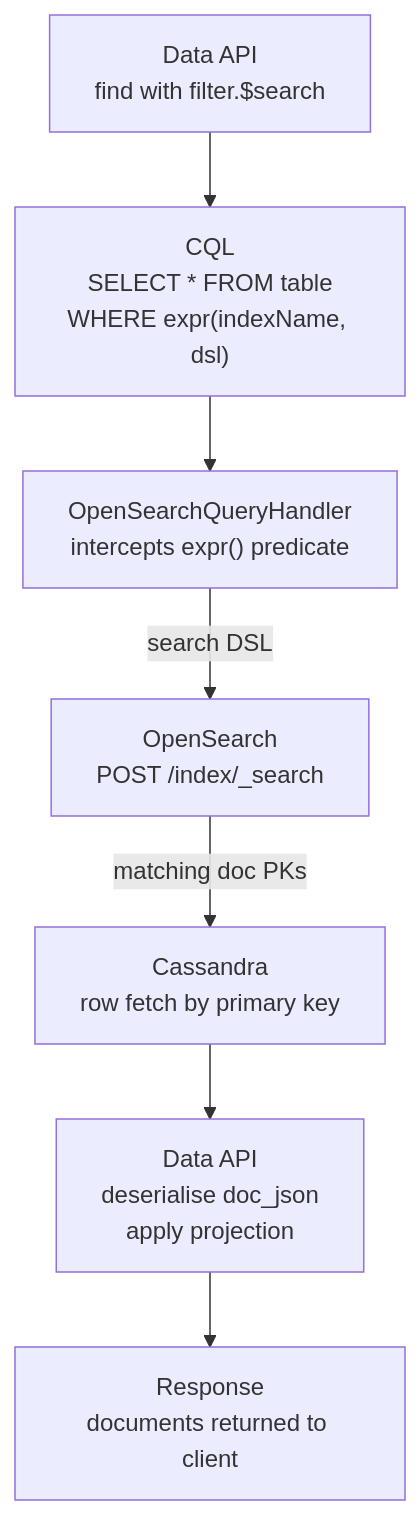
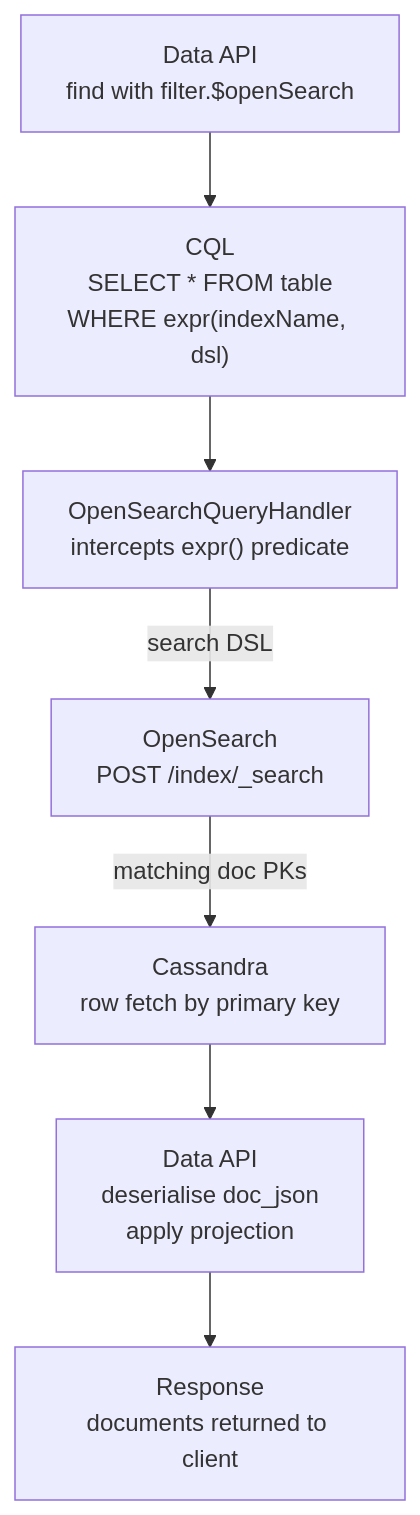
One commit to stargate/data-api changed the fourth of 18 diagrams in docs/specifications-hcd-to-opensearch-data-api.md. Above: the diagram before and after it, drawn with Mermaid. The commit also changed other lines of this file and 451 other files, not shown here.

Commit message:
OpenSearch suport

````diff
--- a/docs/specifications-hcd-to-opensearch-data-api.md
+++ b/docs/specifications-hcd-to-opensearch-data-api.md
@@ -249,15 +339,15 @@
 ```mermaid
 flowchart TD
-%% Row 1
-  A["Data API\nfind with filter.$search"]
--->B["CQL\nSELECT * FROM table\nWHERE expr(indexName, dsl)"]
--->C["OpenSearchQueryHandler\nintercepts expr() predicate"]
+    %% Row 1
+    A["Data API\nfind with filter.$openSearch"]
+    -->B["CQL\nSELECT * FROM table\nWHERE expr(indexName, dsl)"]
+    -->C["OpenSearchQueryHandler\nintercepts expr() predicate"]
 
-%% Row 2
-C-->|"search DSL"|D["OpenSearch\nPOST /index/_search"]
--->|"matching doc PKs"|E["Cassandra\nrow fetch by primary key"]
+    %% Row 2
+    C-->|"search DSL"|D["OpenSearch\nPOST /index/_search"]
+    -->|"matching doc PKs"|E["Cassandra\nrow fetch by primary key"]
 
-%% Row 3
-E-->F["Data API\ndeserialise doc_json\napply projection"]
--->G["Response\ndocuments returned to client"]
+    %% Row 3
+    E-->F["Data API\ndeserialise doc_json\napply projection"]
+    -->G["Response\ndocuments returned to client"]
 ```
````
